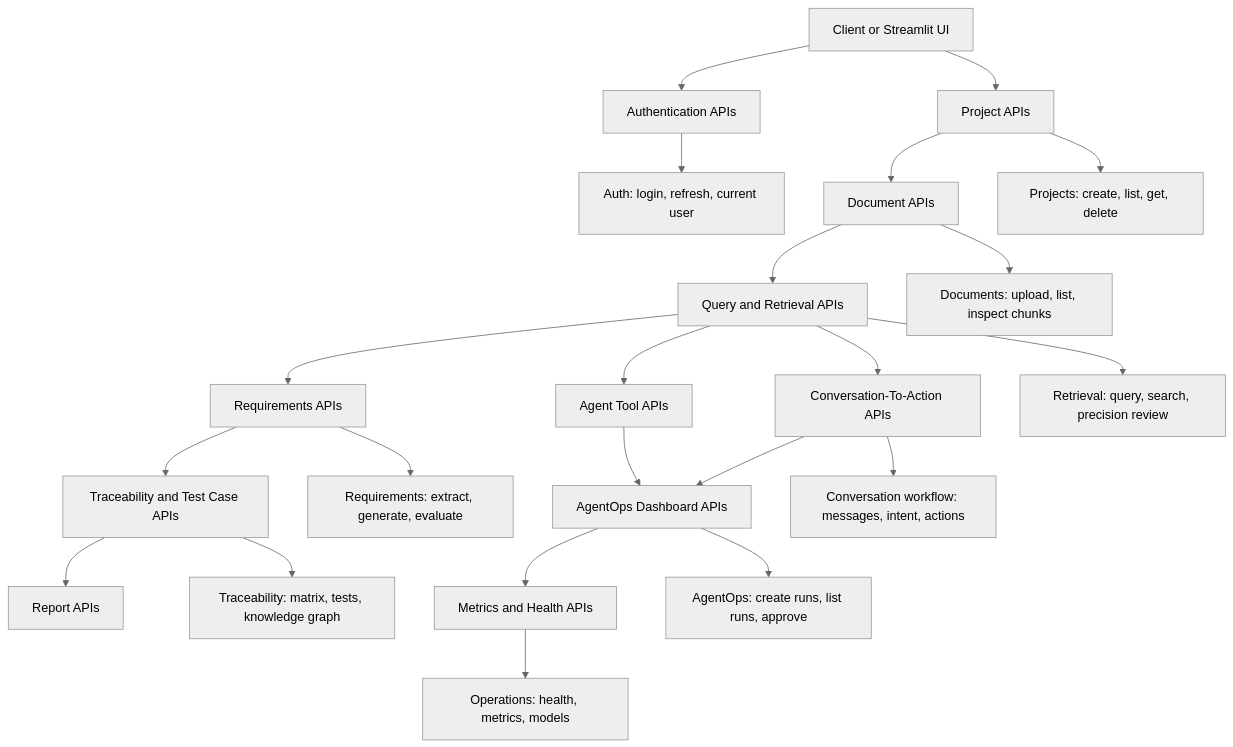
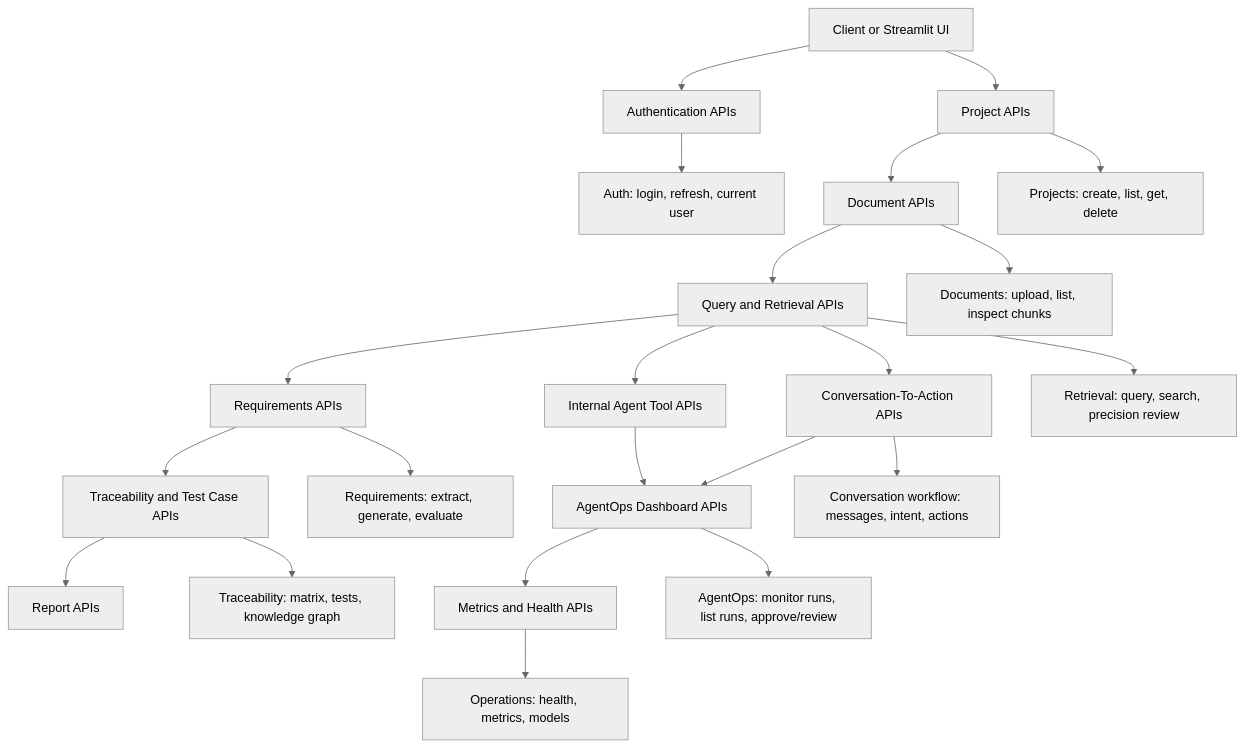
One commit to chz2010/Agentic_Document_AI_Platform_for_Safety_Engineering changed the sixth of 10 diagrams in README.md. Above: the diagram before and after it, drawn with Mermaid (neutral theme). The commit also changed other lines of this file, not shown here.

````diff
--- a/README.md
+++ b/README.md
@@ -263,25 +272,25 @@
 ```mermaid
 flowchart TD
     A[Client or Streamlit UI] --> B[Authentication APIs]
     A --> C[Project APIs]
     C --> D[Document APIs]
     D --> E[Query and Retrieval APIs]
     E --> F[Requirements APIs]
     F --> G[Traceability and Test Case APIs]
     G --> H[Report APIs]
-    E --> I[Agent Tool APIs]
+    E --> I[Internal Agent Tool APIs]
     E --> L[Conversation-To-Action APIs]
     L --> J
     I --> J[AgentOps Dashboard APIs]
     J --> K[Metrics and Health APIs]
 
     B --> B1["Auth: login, refresh, current user"]
     C --> C1["Projects: create, list, get, delete"]
     D --> D1["Documents: upload, list, inspect chunks"]
     E --> E1["Retrieval: query, search, precision review"]
     F --> F1["Requirements: extract, generate, evaluate"]
     G --> G1["Traceability: matrix, tests, knowledge graph"]
     L --> L1["Conversation workflow: messages, intent, actions"]
-    J --> J1["AgentOps: create runs, list runs, approve"]
+    J --> J1["AgentOps: monitor runs, list runs, approve/review"]
     K --> K1["Operations: health, metrics, models"]
 ```
````
